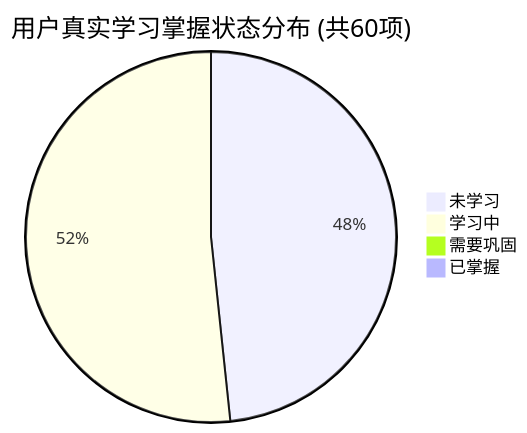
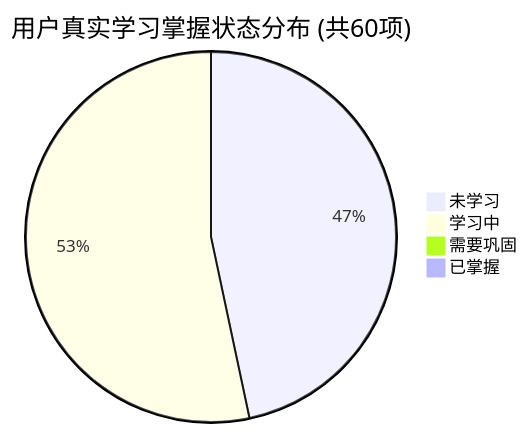
The first of 2 diagrams in PROGRESS.md (tieke1121/tech-interview-knowledge-base), drawn with Mermaid before and after one commit. The commit also changed other lines of this file and 1 other file, not shown here.

````diff
--- a/PROGRESS.md
+++ b/PROGRESS.md
@@ -27,7 +27,7 @@
 ```mermaid
 pie title 用户真实学习掌握状态分布 (共60项)
-    "未学习" : 29
-    "学习中" : 31
+    "未学习" : 28
+    "学习中" : 32
     "需要巩固" : 0
     "已掌握" : 0
 ```
````
